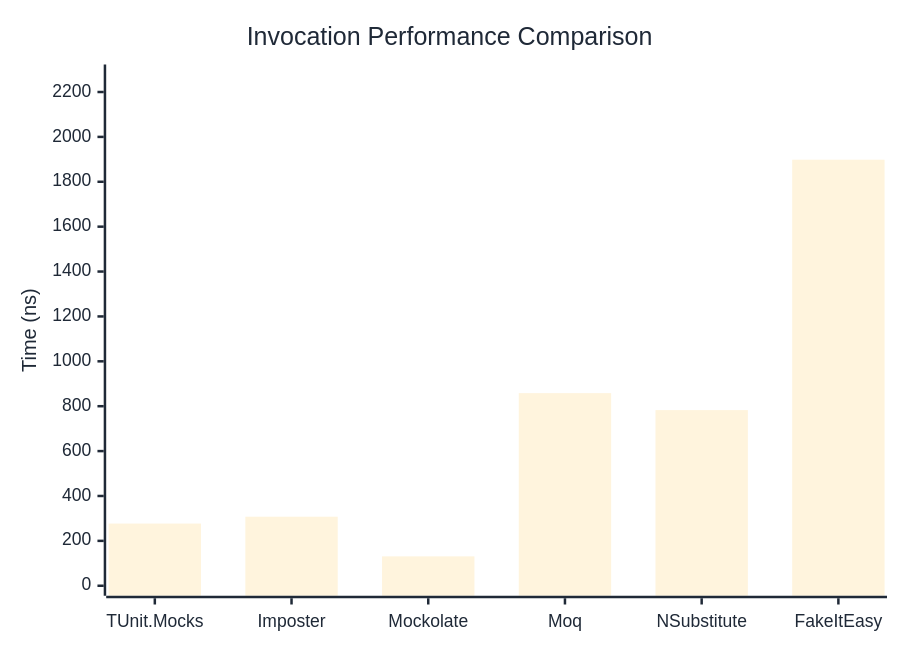
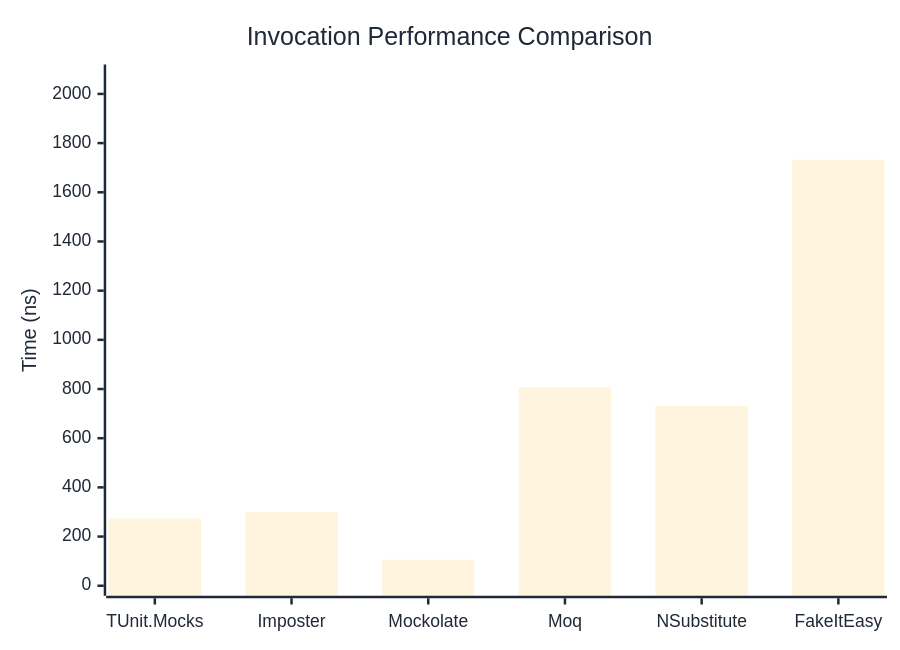
Before and after one commit to thomhurst/TUnit: the first of 3 diagrams in docs/docs/benchmarks/mocks/Invocation.md, drawn with Mermaid. The commit also changed other lines of this file and 14 other files, not shown here.

````diff
--- a/docs/docs/benchmarks/mocks/Invocation.md
+++ b/docs/docs/benchmarks/mocks/Invocation.md
@@ -30,27 +30,27 @@
 ```mermaid
 %%{init: {
   'theme':'base',
   'themeVariables': {
     'primaryColor': '#2563eb',
     'primaryTextColor': '#1f2937',
     'primaryBorderColor': '#1e40af',
     'lineColor': '#6b7280',
     'secondaryColor': '#7c3aed',
     'tertiaryColor': '#dc2626',
     'background': '#ffffff',
     'pie1': '#2563eb',
     'pie2': '#7c3aed',
     'pie3': '#dc2626',
     'pie4': '#f59e0b',
     'pie5': '#10b981',
     'pie6': '#06b6d4',
     'pie7': '#ec4899',
     'pie8': '#6366f1'
   }
 }}%%
 xychart-beta
   title "Invocation Performance Comparison"
   x-axis ["TUnit.Mocks", "Imposter", "Mockolate", "Moq", "NSubstitute", "FakeItEasy"]
-  y-axis "Time (ns)" 0 --> 2278
-  bar [277.1, 307.6, 131, 858.3, 782.7, 1898.3]
+  y-axis "Time (ns)" 0 --> 2079
+  bar [273.62, 299.97, 105.81, 806.71, 731.47, 1732.03]
 ```
````
